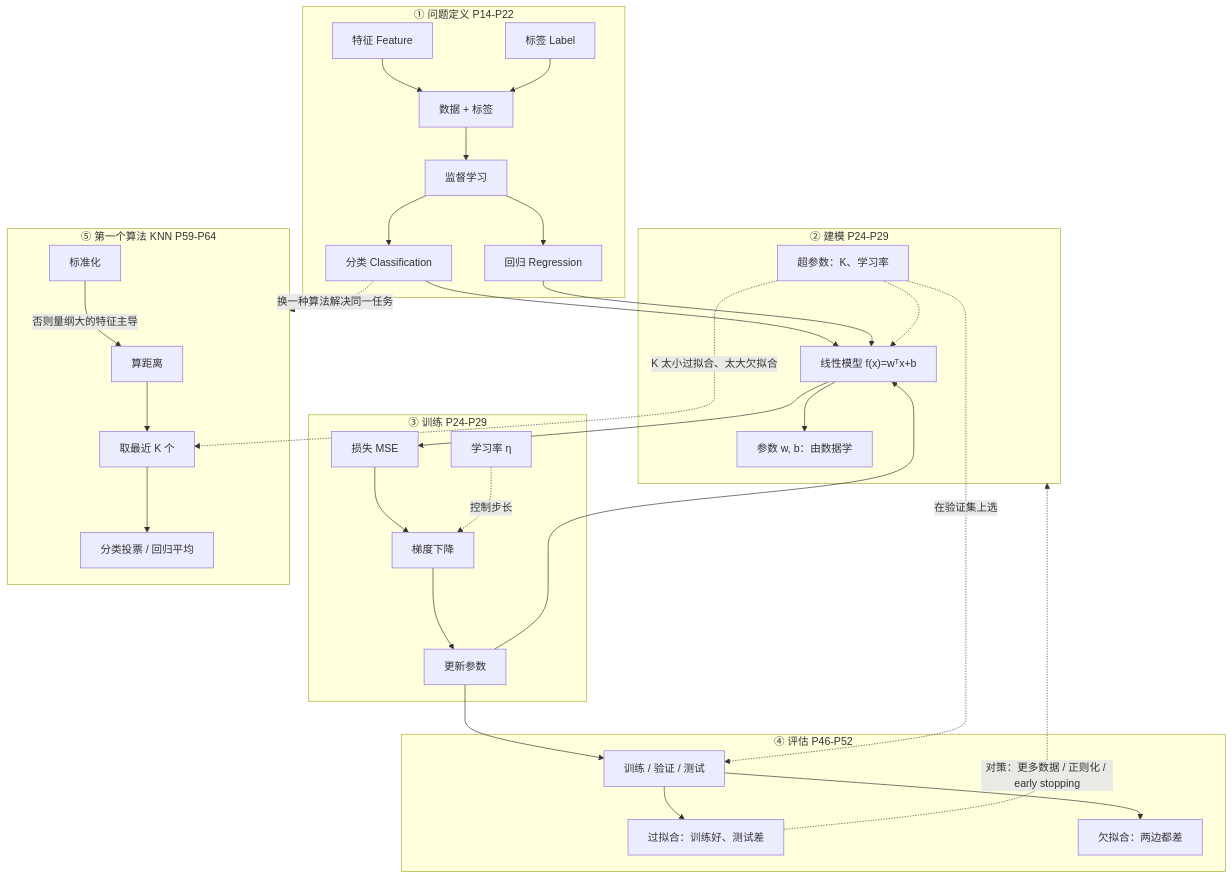
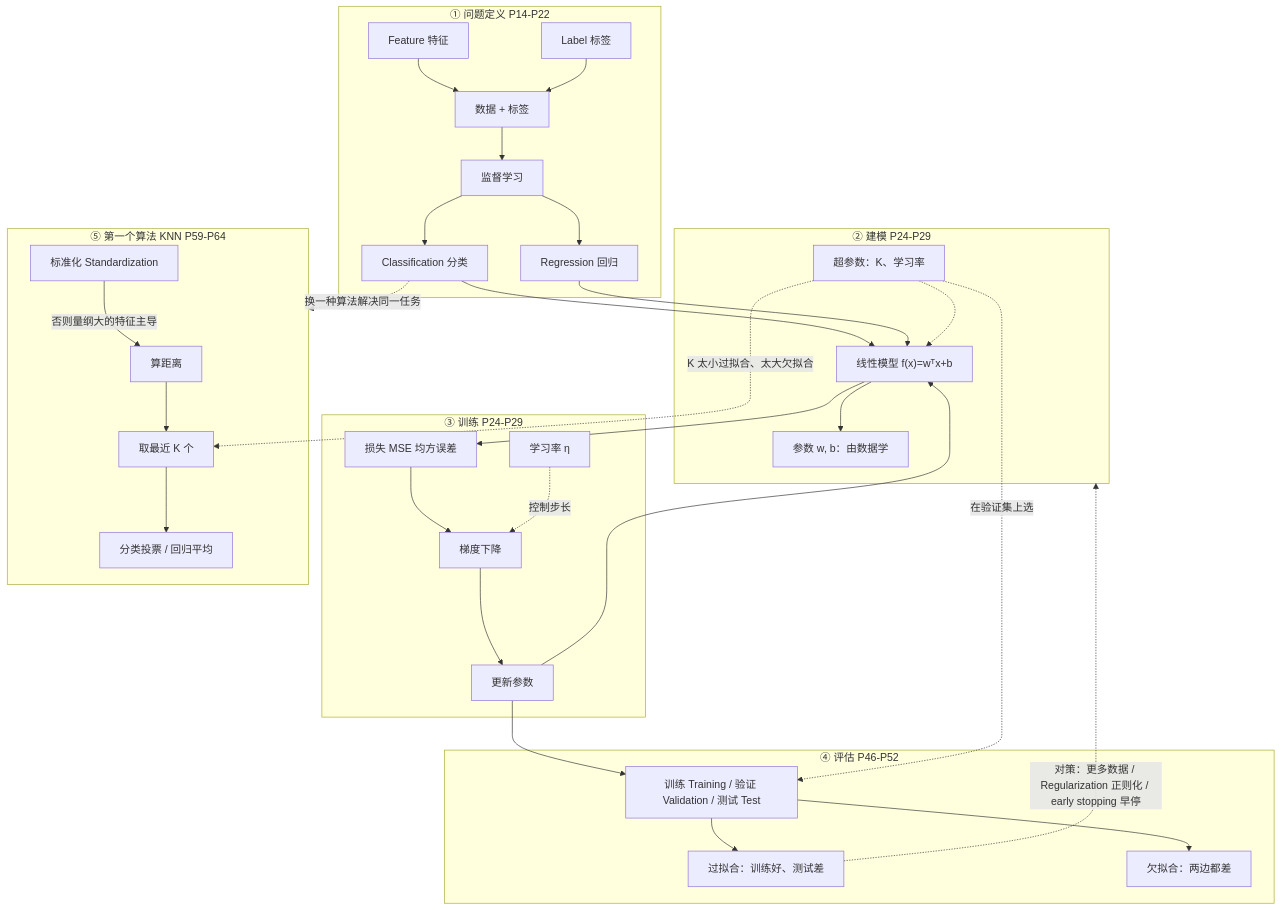
One commit to gujunyang/STAT6207 changed the second of 2 diagrams in stat6207-learning/lectures/L1/L1_outline.md. Above: the diagram before and after it, drawn with Mermaid. The commit also changed other lines of this file and 19 other files, not shown here.

````diff
--- a/stat6207-learning/lectures/L1/L1_outline.md
+++ b/stat6207-learning/lectures/L1/L1_outline.md
@@ -66,42 +67,42 @@
 ```mermaid
 flowchart TD
   subgraph Q["① 问题定义 P14-P22"]
     A["数据 + 标签"] --> B["监督学习"]
-    B --> C1["分类 Classification"]
-    B --> C2["回归 Regression"]
-    F["特征 Feature"] --> A
-    LB["标签 Label"] --> A
+    B --> C1["Classification 分类"]
+    B --> C2["Regression 回归"]
+    F["Feature 特征"] --> A
+    LB["Label 标签"] --> A
   end
 
   subgraph MOD["② 建模 P24-P29"]
     C1 --> M["线性模型 f(x)=wᵀx+b"]
     C2 --> M
     M --> P["参数 w, b：由数据学"]
     HP["超参数：K、学习率"] -.-> M
   end
 
   subgraph TR["③ 训练 P24-P29"]
-    M --> LOSS["损失 MSE"]
+    M --> LOSS["损失 MSE 均方误差"]
     LOSS --> GD["梯度下降"]
     GD --> UPD["更新参数"]
     UPD --> M
     LR["学习率 η"] -.->|"控制步长"| GD
   end
 
   subgraph EV["④ 评估 P46-P52"]
-    UPD --> SPLIT["训练 / 验证 / 测试"]
+    UPD --> SPLIT["训练 Training / 验证 Validation / 测试 Test"]
     SPLIT --> OF["过拟合：训练好、测试差"]
     SPLIT --> UF["欠拟合：两边都差"]
     HP -.->|"在验证集上选"| SPLIT
   end
 
   subgraph KNN["⑤ 第一个算法 KNN P59-P64"]
     N1["算距离"] --> N2["取最近 K 个"]
     N2 --> N3["分类投票 / 回归平均"]
-    Z["标准化"] -->|"否则量纲大的特征主导"| N1
+    Z["标准化 Standardization"] -->|"否则量纲大的特征主导"| N1
     HP -.->|"K 太小过拟合、太大欠拟合"| N2
   end
 
   C1 -.->|"换一种算法解决同一任务"| KNN
-  OF -.->|"对策：更多数据 / 正则化 / early stopping"| MOD
+  OF -.->|"对策：更多数据 / Regularization 正则化 / early stopping 早停"| MOD
 ```
````
